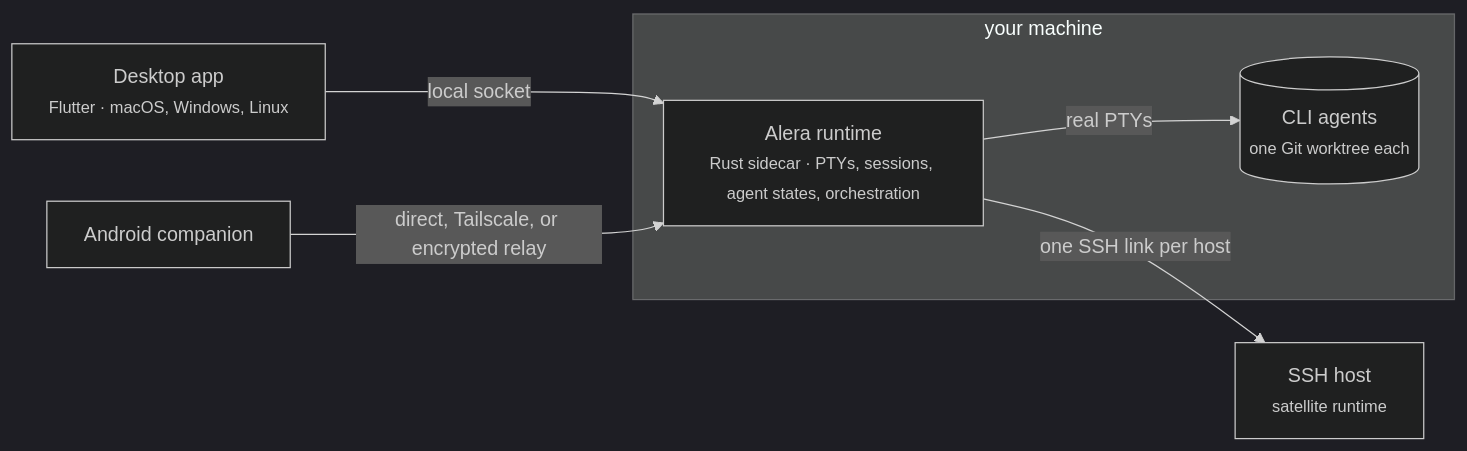
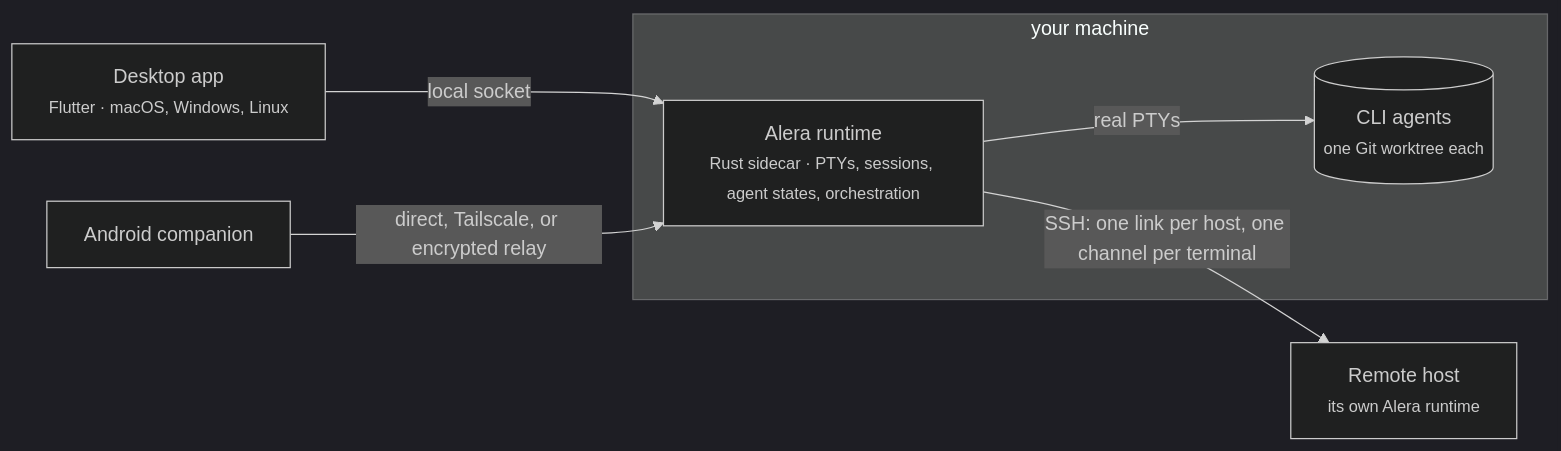
The diagram in readme.md (leynier/alera), drawn with Mermaid (dark theme) before and after one commit. The commit also changed other lines of this file and 369 other files, not shown here.

````diff
--- a/readme.md
+++ b/readme.md
@@ -89,17 +89,17 @@
 ```mermaid
 flowchart LR
     desktop["Desktop app<br/><small>Flutter · macOS, Windows, Linux</small>"]
     phone["Android companion"]
 
     subgraph machine["your machine"]
         runtime["Alera runtime<br/><small>Rust sidecar · PTYs, sessions, agent states, orchestration</small>"]
         agents[("CLI agents<br/><small>one Git worktree each</small>")]
     end
 
-    remote["SSH host<br/><small>satellite runtime</small>"]
+    remote["Remote host<br/><small>its own Alera runtime</small>"]
 
     desktop -->|"local socket"| runtime
     phone -->|"direct, Tailscale, or encrypted relay"| runtime
     runtime -->|"real PTYs"| agents
-    runtime -->|"one SSH link per host"| remote
+    runtime -->|"SSH: one link per host, one channel per terminal"| remote
 ```
````
